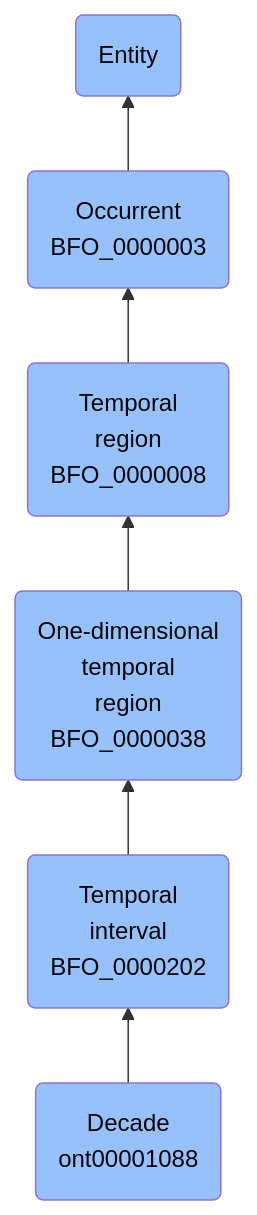
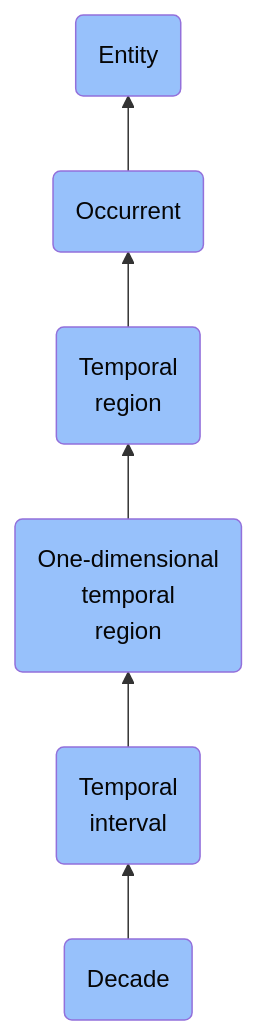
Before and after one commit to jupyter-naas/abi: the diagram in docs/ontology/reference/model/Entity/Occurrent/Temporal region/One-dimensional temporal region/Temporal interval/Decade/Decade.md, drawn with Mermaid. The commit also changed other lines of this file and 1430 other files, not shown here.

````diff
--- a/docs/ontology/reference/model/Entity/Occurrent/Temporal region/One-dimensional temporal region/Temporal interval/Decade/Decade.md
+++ b/docs/ontology/reference/model/Entity/Occurrent/Temporal region/One-dimensional temporal region/Temporal interval/Decade/Decade.md
@@ -24,13 +24,13 @@
 ```mermaid
 graph BT
-    ont00001088(Decade<br>ont00001088):::BFO-->BFO_0000202
-    BFO_0000202(Temporal<br>interval<br>BFO_0000202):::BFO-->BFO_0000038
-    BFO_0000038(One-dimensional<br>temporal<br>region<br>BFO_0000038):::BFO-->BFO_0000008
-    BFO_0000008(Temporal<br>region<br>BFO_0000008):::BFO-->BFO_0000003
-    BFO_0000003(Occurrent<br>BFO_0000003):::BFO-->BFO_0000001
+    ont00001088(Decade):::BFO-->BFO_0000202
+    BFO_0000202(Temporal<br>interval):::BFO-->BFO_0000038
+    BFO_0000038(One-dimensional<br>temporal<br>region):::BFO-->BFO_0000008
+    BFO_0000008(Temporal<br>region):::BFO-->BFO_0000003
+    BFO_0000003(Occurrent):::BFO-->BFO_0000001
     BFO_0000001(Entity):::BFO
     
     classDef BFO fill:#97c1fb,color:#060606
     classDef CCO fill:#e4c51e,color:#060606
     classDef ABI fill:#48DD82,color:#060606
 ```
````
